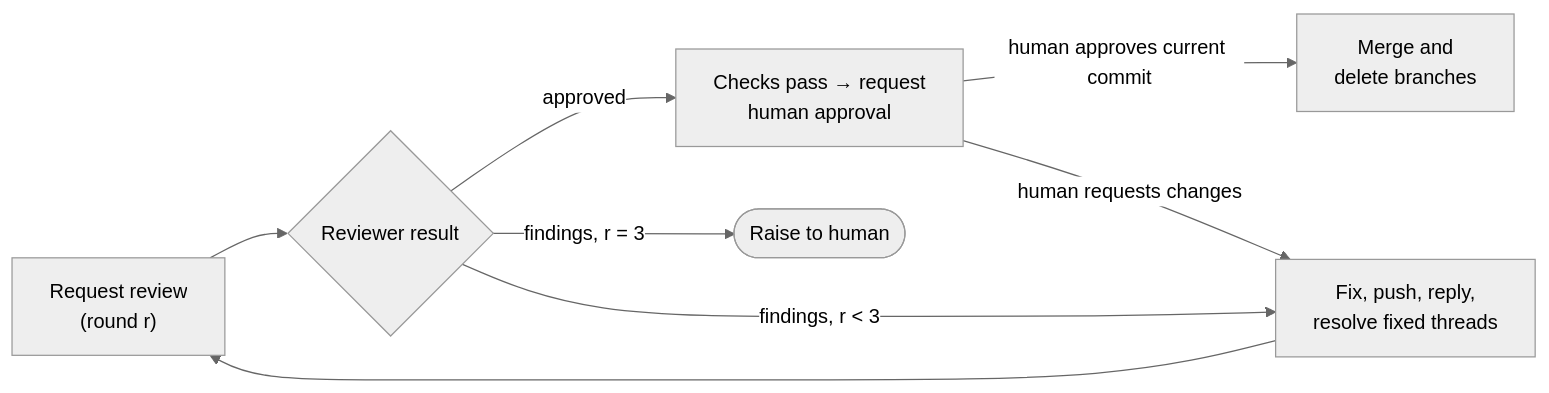
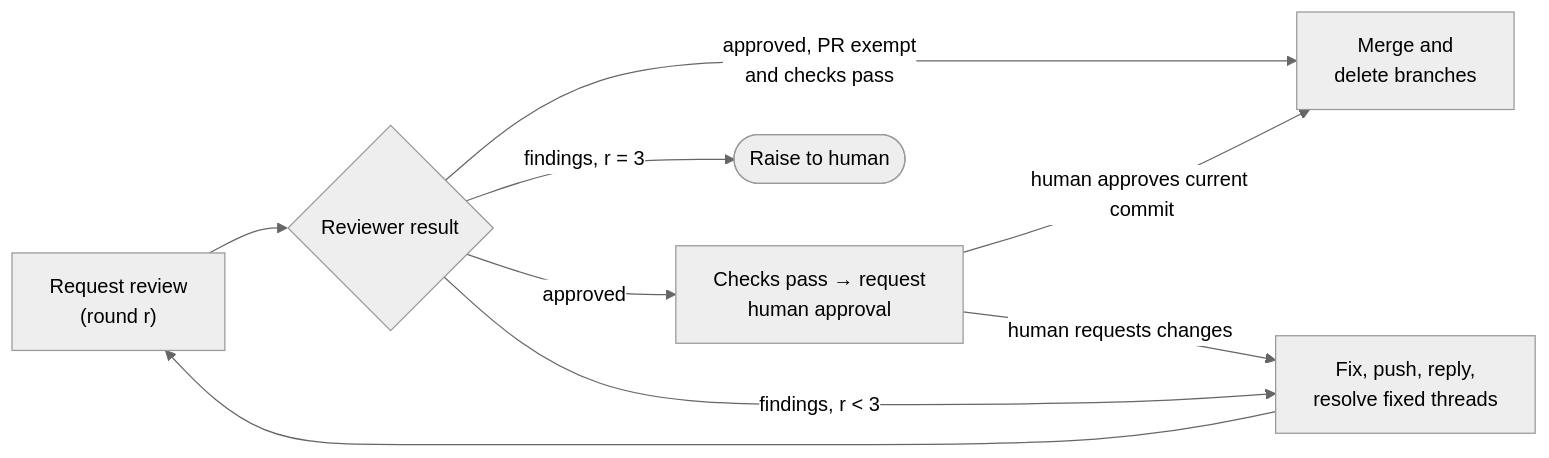
Before and after one commit to sohoffice/sohoffice-claude: the diagram in skills/pr-review/SKILL.md, drawn with Mermaid (neutral theme). The commit also changed other lines of this file and 1 other file, not shown here.

First line of the commit message:
Let a project say which PRs merge on the reviewer's approval alone (#5)

````diff
--- a/skills/pr-review/SKILL.md
+++ b/skills/pr-review/SKILL.md
@@ -88,9 +89,10 @@
 ```mermaid
 flowchart LR
     req["Request review<br/>(round r)"] --> res{"Reviewer result"}
     res -->|approved| gate["Checks pass → request<br/>human approval"]
+    res -->|approved, PR exempt<br/>and checks pass| merge
     gate -->|human approves current commit| merge["Merge and<br/>delete branches"]
     gate -->|human requests changes| fix
     res -->|findings, r < 3| fix["Fix, push, reply,<br/>resolve fixed threads"] --> req
     res -->|findings, r = 3| human(["Raise to human"])
 ```
````
